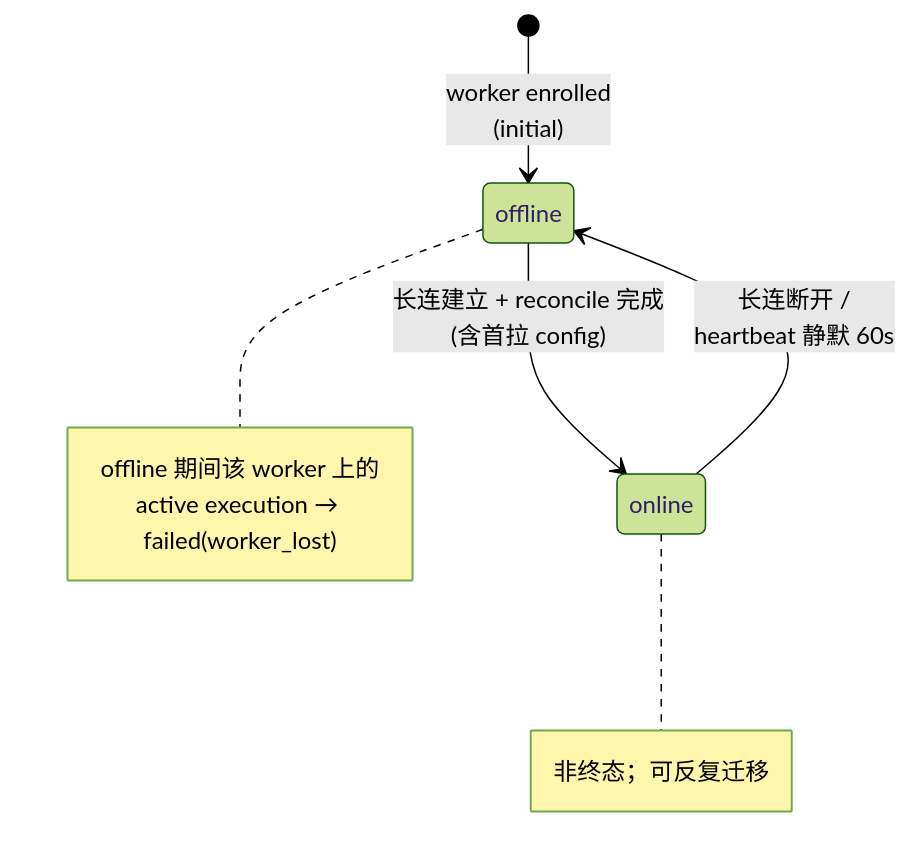
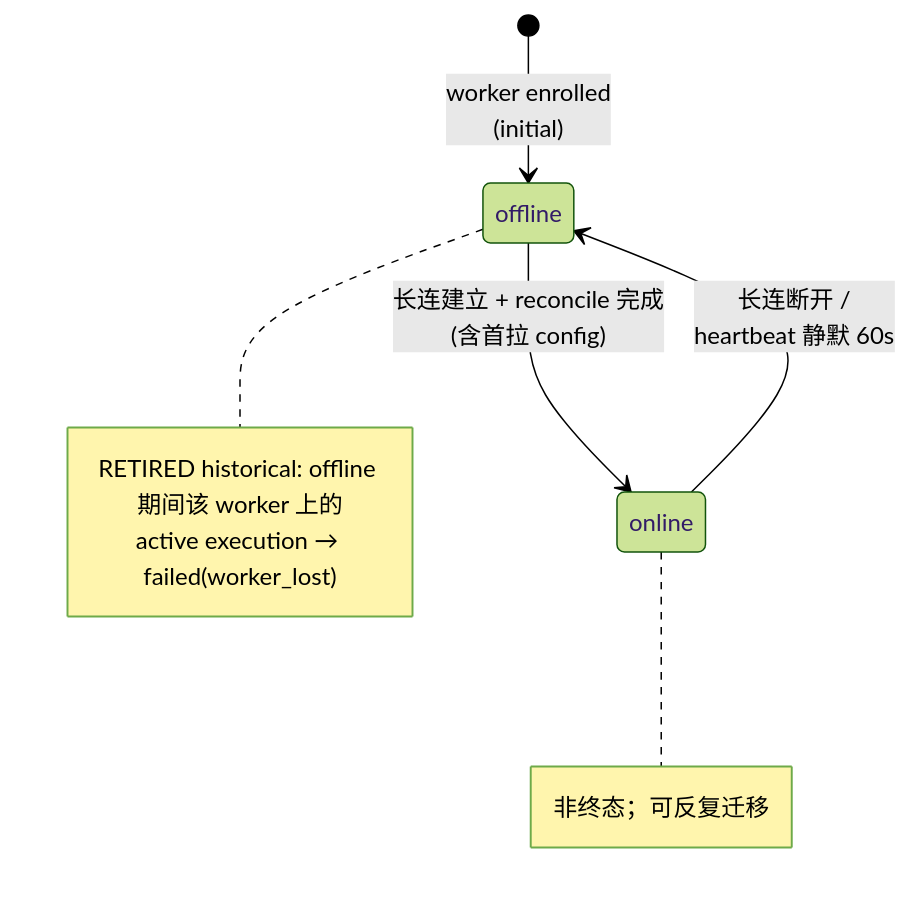
One commit to oopslink/agent-center changed the diagram in docs/design/architecture/tactical/workforce/01-worker.md. Above: the diagram before and after it, drawn with Mermaid (forest theme). The commit also changed other lines of this file and 22 other files, not shown here.

````diff
--- a/docs/design/architecture/tactical/workforce/01-worker.md
+++ b/docs/design/architecture/tactical/workforce/01-worker.md
@@ -14,12 +16,12 @@
 ```mermaid
 stateDiagram-v2
     [*] --> offline: worker enrolled<br/>(initial)
     offline --> online: 长连建立 + reconcile 完成<br/>(含首拉 config)
     online --> offline: 长连断开 /<br/>heartbeat 静默 60s
     note right of online
         非终态；可反复迁移
     end note
     note right of offline
-        offline 期间该 worker 上的<br/>active execution → failed(worker_lost)
+        RETIRED historical: offline 期间该 worker 上的<br/>active execution → failed(worker_lost)
     end note
 ```
````
